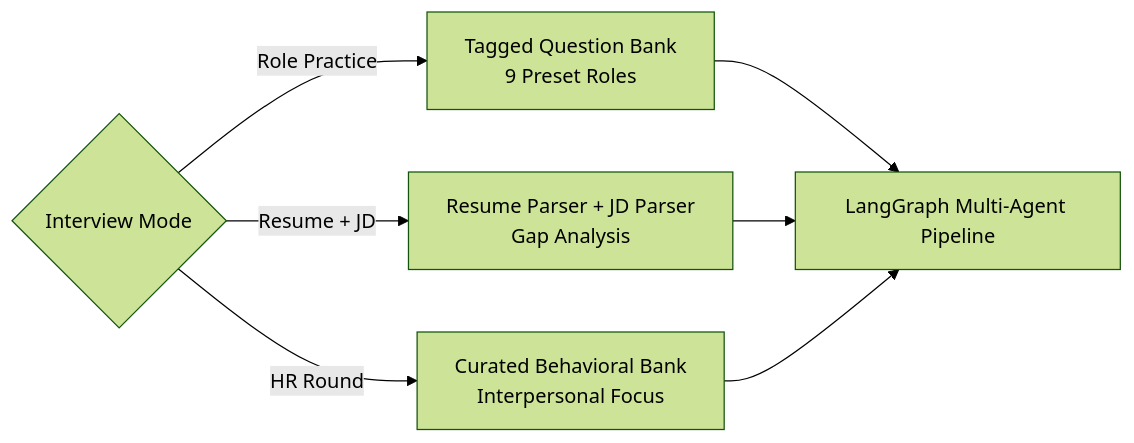
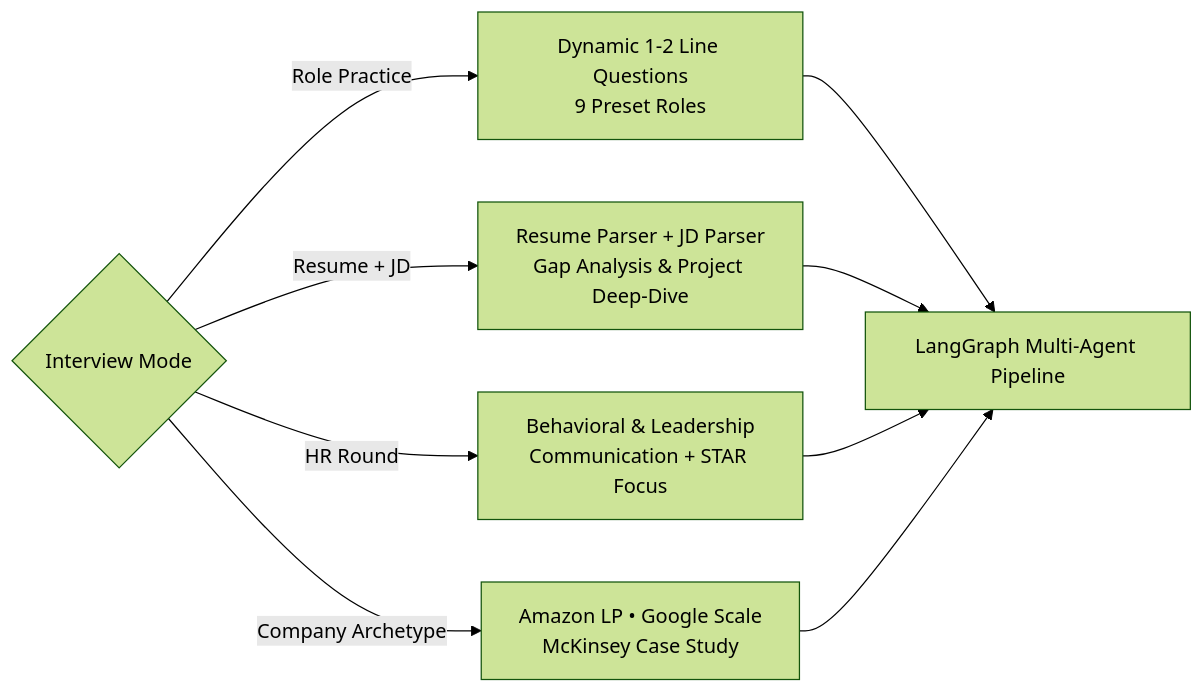
Before and after one commit to MShrinath/Prepzo: the second of 3 diagrams in docs/architecture.md, drawn with Mermaid (forest theme). The commit also changed other lines of this file and 22 other files, not shown here.

````diff
--- a/docs/architecture.md
+++ b/docs/architecture.md
@@ -55,12 +76,14 @@
 ```mermaid
 flowchart LR
     ModeSelector{Interview Mode}
     
-    ModeSelector -->|Role Practice| M1[Tagged Question Bank\n9 Preset Roles]
-    ModeSelector -->|Resume + JD| M2[Resume Parser + JD Parser\nGap Analysis]
-    ModeSelector -->|HR Round| M3[Curated Behavioral Bank\nInterpersonal Focus]
+    ModeSelector -->|Role Practice| M1[Dynamic 1-2 Line Questions\n9 Preset Roles]
+    ModeSelector -->|Resume + JD| M2[Resume Parser + JD Parser\nGap Analysis & Project Deep-Dive]
+    ModeSelector -->|HR Round| M3[Behavioral & Leadership\nCommunication + STAR Focus]
+    ModeSelector -->|Company Archetype| M4[Amazon LP • Google Scale\nMcKinsey Case Study]
     
     M1 --> Engine[LangGraph Multi-Agent Pipeline]
     M2 --> Engine
     M3 --> Engine
+    M4 --> Engine
 ```
````
